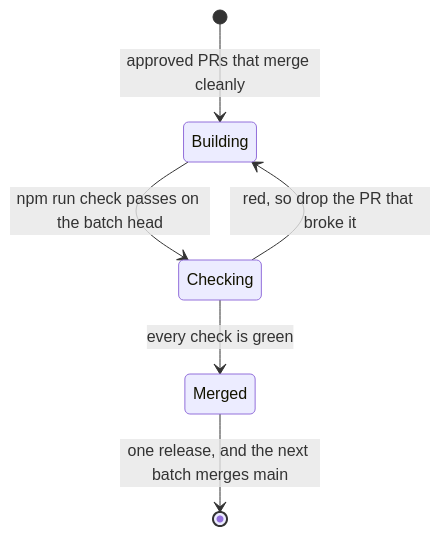
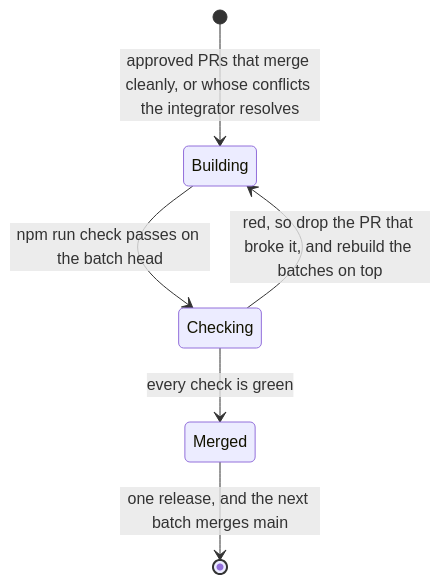
The diagram in designs/review-guide.md (HJeon139/postbox), drawn with Mermaid before and after one commit. The commit also changed other lines of this file and 3 other files, not shown here.

````diff
--- a/designs/review-guide.md
+++ b/designs/review-guide.md
@@ -101,8 +101,8 @@
 ```mermaid
 stateDiagram-v2
-    [*] --> Building: approved PRs that merge cleanly
+    [*] --> Building: approved PRs that merge cleanly, or whose conflicts the integrator resolves
     Building --> Checking: npm run check passes on the batch head
     Checking --> Merged: every check is green
-    Checking --> Building: red, so drop the PR that broke it
+    Checking --> Building: red, so drop the PR that broke it, and rebuild the batches on top
     Merged --> [*]: one release, and the next batch merges main
 ```
````
